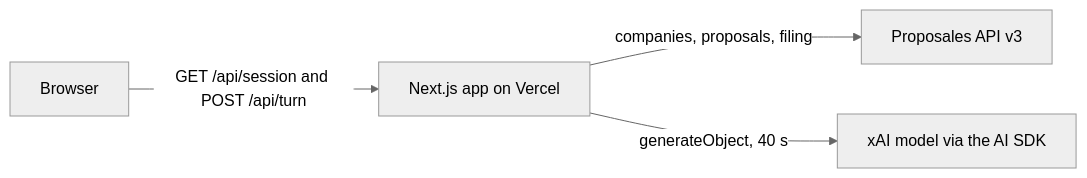
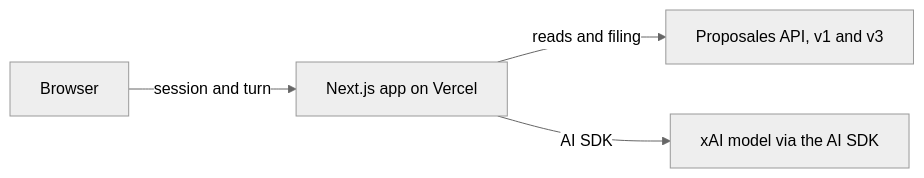
The first of 14 diagrams in planner-bench/docs/ARCHITECTURE.md (p10ns11y/proposales-planner-bench), drawn with Mermaid (neutral theme) before and after one commit. The commit also changed other lines of this file and 11 other files, not shown here.

````diff
--- a/planner-bench/docs/ARCHITECTURE.md
+++ b/planner-bench/docs/ARCHITECTURE.md
@@ -7,10 +7,10 @@
 ```mermaid
 flowchart LR
   browser[Browser]
   app["Next.js app on Vercel"]
-  api["Proposales API v3"]
+  api["Proposales API, v1 and v3"]
   model["xAI model via the AI SDK"]
-  browser -->|"GET /api/session and POST /api/turn"| app
-  app -->|"companies, proposals, filing"| api
-  app -->|"generateObject, 40 s"| model
+  browser -->|"session and turn"| app
+  app -->|"reads and filing"| api
+  app -->|"AI SDK"| model
 ```
````
